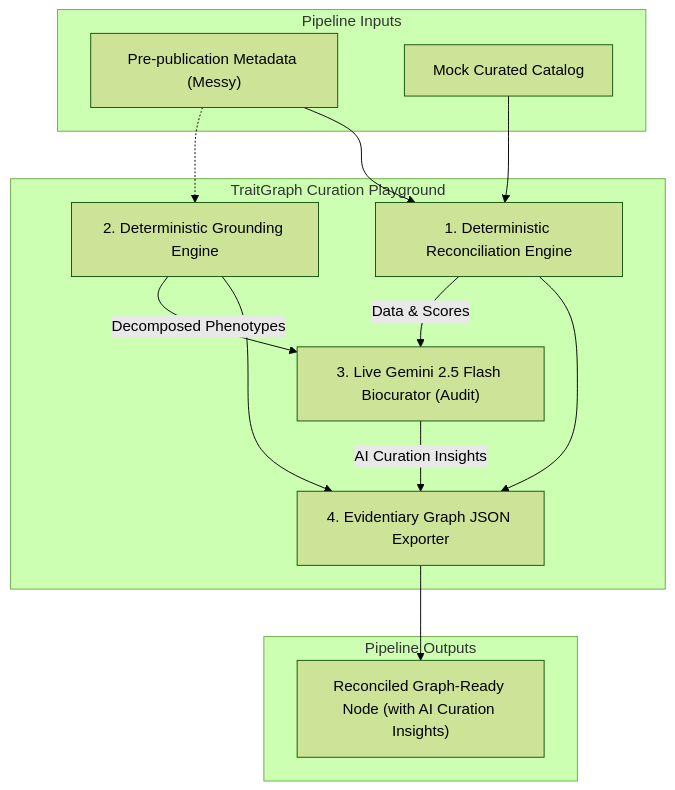
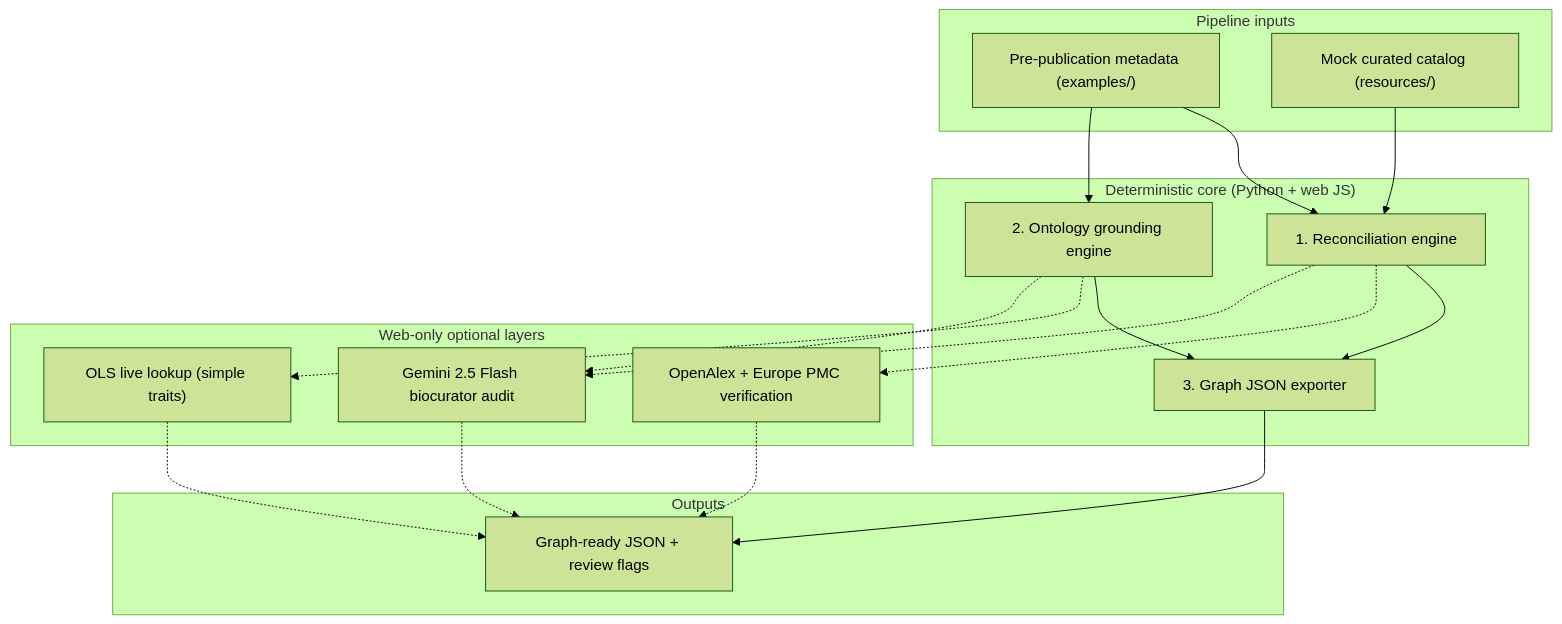
Before and after one commit to twhetzel/agihouse-hackathon-30may2026: the first of 2 diagrams in README.md, drawn with Mermaid (forest theme). The commit also changed other lines of this file and 4 other files, not shown here.

````diff
--- a/README.md
+++ b/README.md
@@ -18,28 +41,37 @@
 ```mermaid
 graph TD
-    subgraph "Pipeline Inputs"
-        PrePub["Pre-publication Metadata (Messy)"]
-        Catalog["Mock Curated Catalog"]
+    subgraph "Pipeline inputs"
+        PrePub["Pre-publication metadata (examples/)"]
+        Catalog["Mock curated catalog (resources/)"]
     end
 
-    subgraph "TraitGraph Curation Playground"
-        Reconcile["1. Deterministic Reconciliation Engine"]
-        Grounding["2. Deterministic Grounding Engine"]
-        Gemini["3. Live Gemini 2.5 Flash Biocurator (Audit)"]
-        Export["4. Evidentiary Graph JSON Exporter"]
+    subgraph "Deterministic core (Python + web JS)"
+        Reconcile["1. Reconciliation engine"]
+        Grounding["2. Ontology grounding engine"]
+        Export["3. Graph JSON exporter"]
     end
 
-    subgraph "Pipeline Outputs"
-        GraphReady["Reconciled Graph-Ready Node (with AI Curation Insights)"]
+    subgraph "Web-only optional layers"
+        LitVerify["OpenAlex + Europe PMC verification"]
+        OLS["OLS live lookup (simple traits)"]
+        Gemini["Gemini 2.5 Flash biocurator audit"]
+    end
+
+    subgraph "Outputs"
+        GraphReady["Graph-ready JSON + review flags"]
     end
 
     PrePub --> Reconcile
     Catalog --> Reconcile
-    PrePub -.-> Grounding
+    PrePub --> Grounding
     Reconcile --> Export
     Grounding --> Export
-    Reconcile -->|Data & Scores| Gemini
-    Grounding -->|Decomposed Phenotypes| Gemini
-    Gemini -->|AI Curation Insights| Export
+    Reconcile -.-> LitVerify
+    Grounding -.-> OLS
+    Reconcile -.-> Gemini
+    Grounding -.-> Gemini
+    LitVerify -.-> GraphReady
+    OLS -.-> GraphReady
+    Gemini -.-> GraphReady
     Export --> GraphReady
 ```
````
